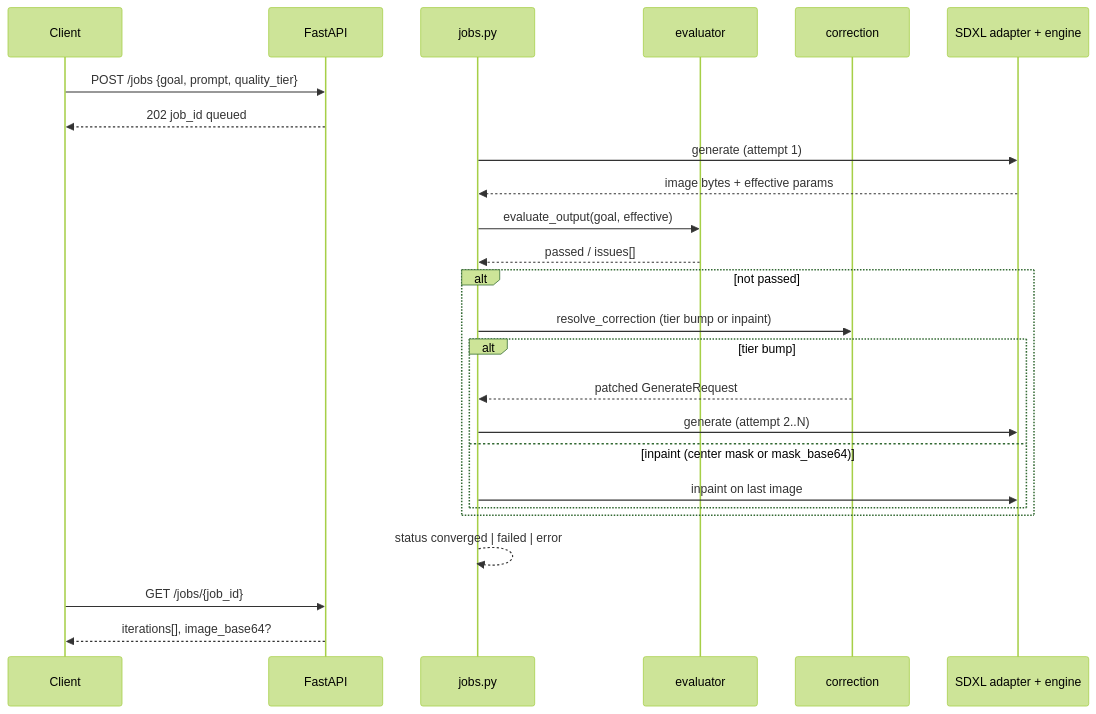
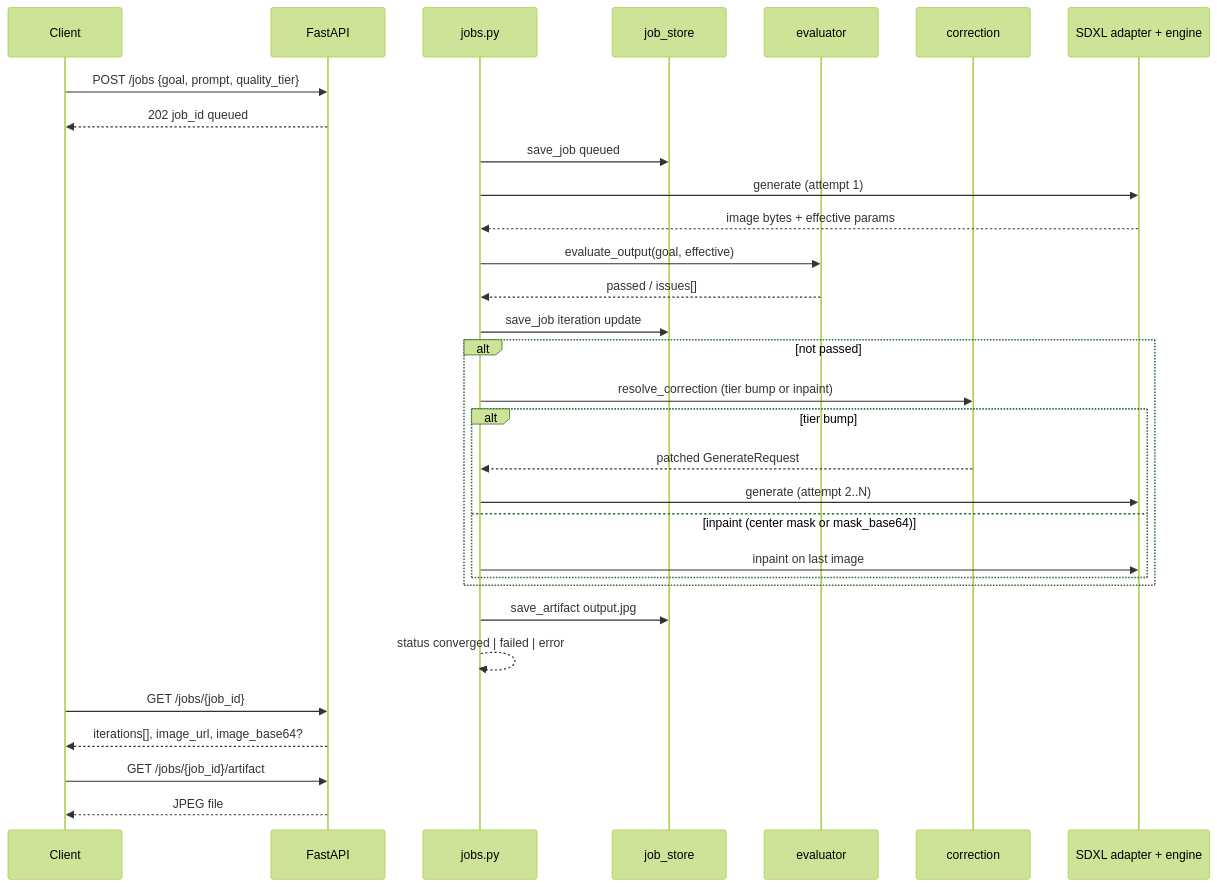
The second of 6 diagrams in ARCHITECTURE.md (kirank93611/vid-gen-sdxl-pipe), drawn with Mermaid (forest theme) before and after one commit. The commit also changed other lines of this file and 62 other files, not shown here.

````diff
--- a/ARCHITECTURE.md
+++ b/ARCHITECTURE.md
@@ -253,28 +277,34 @@
 ```mermaid
 sequenceDiagram
     participant C as Client
     participant API as FastAPI
     participant J as jobs.py
+    participant S as job_store
     participant E as evaluator
     participant P as correction
     participant A as SDXL adapter + engine
 
     C->>API: POST /jobs {goal, prompt, quality_tier}
     API-->>C: 202 job_id queued
+    J->>S: save_job queued
     J->>A: generate (attempt 1)
     A-->>J: image bytes + effective params
     J->>E: evaluate_output(goal, effective)
     E-->>J: passed / issues[]
+    J->>S: save_job iteration update
     alt not passed
         J->>P: resolve_correction (tier bump or inpaint)
         alt tier bump
             P-->>J: patched GenerateRequest
             J->>A: generate (attempt 2..N)
         else inpaint (center mask or mask_base64)
             J->>A: inpaint on last image
         end
     end
+    J->>S: save_artifact output.jpg
     J-->>J: status converged | failed | error
     C->>API: GET /jobs/{job_id}
-    API-->>C: iterations[], image_base64?
+    API-->>C: iterations[], image_url, image_base64?
+    C->>API: GET /jobs/{job_id}/artifact
+    API-->>C: JPEG file
 ```
````
